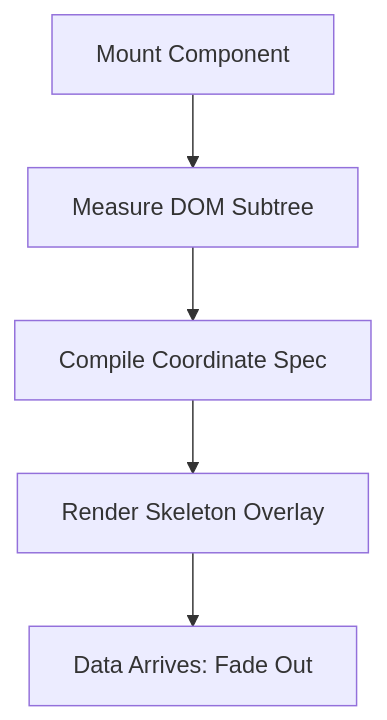
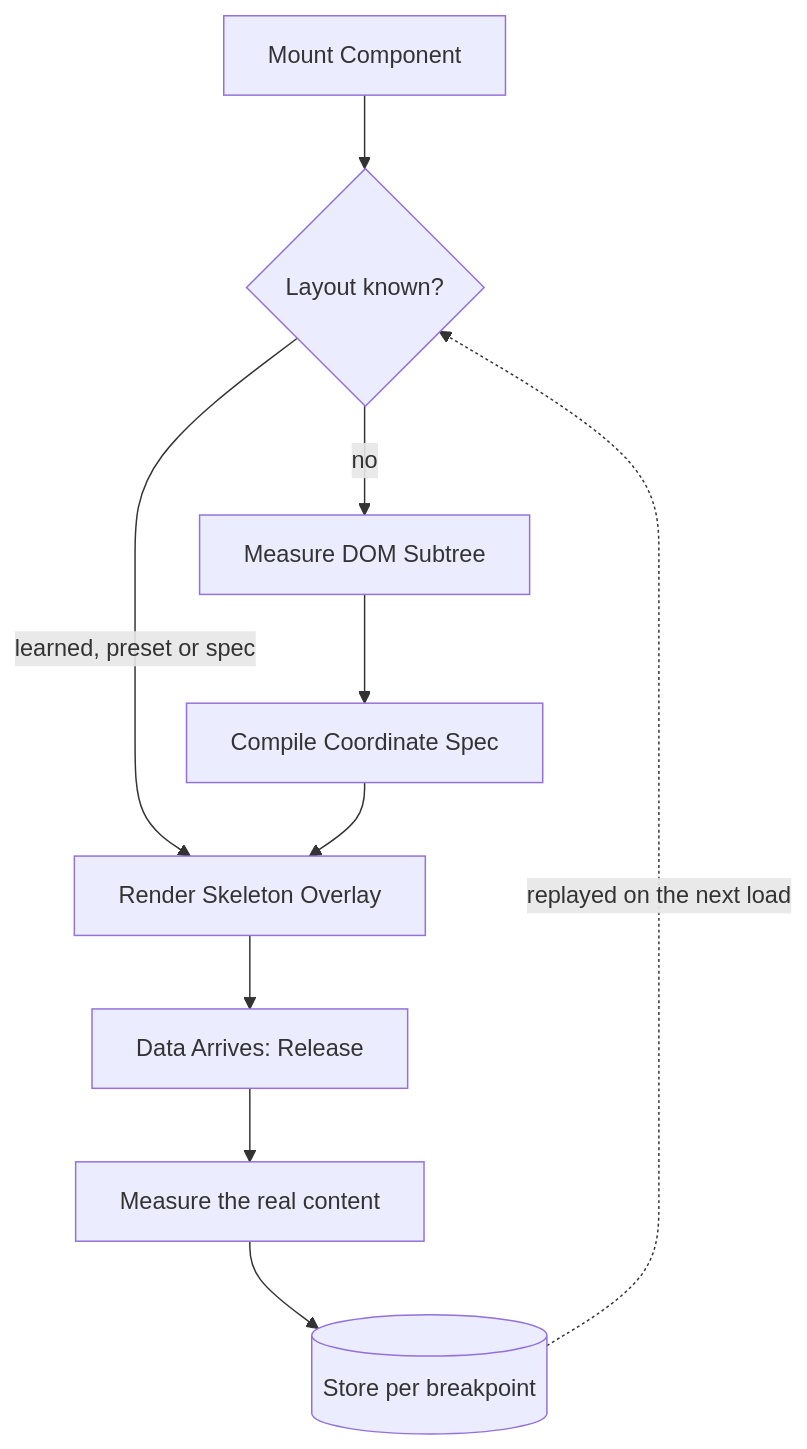
The diagram in README.md (sidhanshumonga/use-skelly), drawn with Mermaid before and after one commit. The commit also changed other lines of this file and 5 other files, not shown here.

````diff
--- a/README.md
+++ b/README.md
@@ -29,7 +31,12 @@
 ```mermaid
 graph TD
-    A[Mount Component] --> B[Measure DOM Subtree]
-    B --> C[Compile Coordinate Spec]
-    C --> D[Render Skeleton Overlay]
-    D --> E[Data Arrives: Fade Out]
+    A[Mount Component] --> B{Layout known?}
+    B -->|learned, preset or spec| C[Render Skeleton Overlay]
+    B -->|no| D[Measure DOM Subtree]
+    D --> E[Compile Coordinate Spec]
+    E --> C
+    C --> F[Data Arrives: Release]
+    F --> G[Measure the real content]
+    G --> H[(Store per breakpoint)]
+    H -.replayed on the next load.-> B
 ```
````
